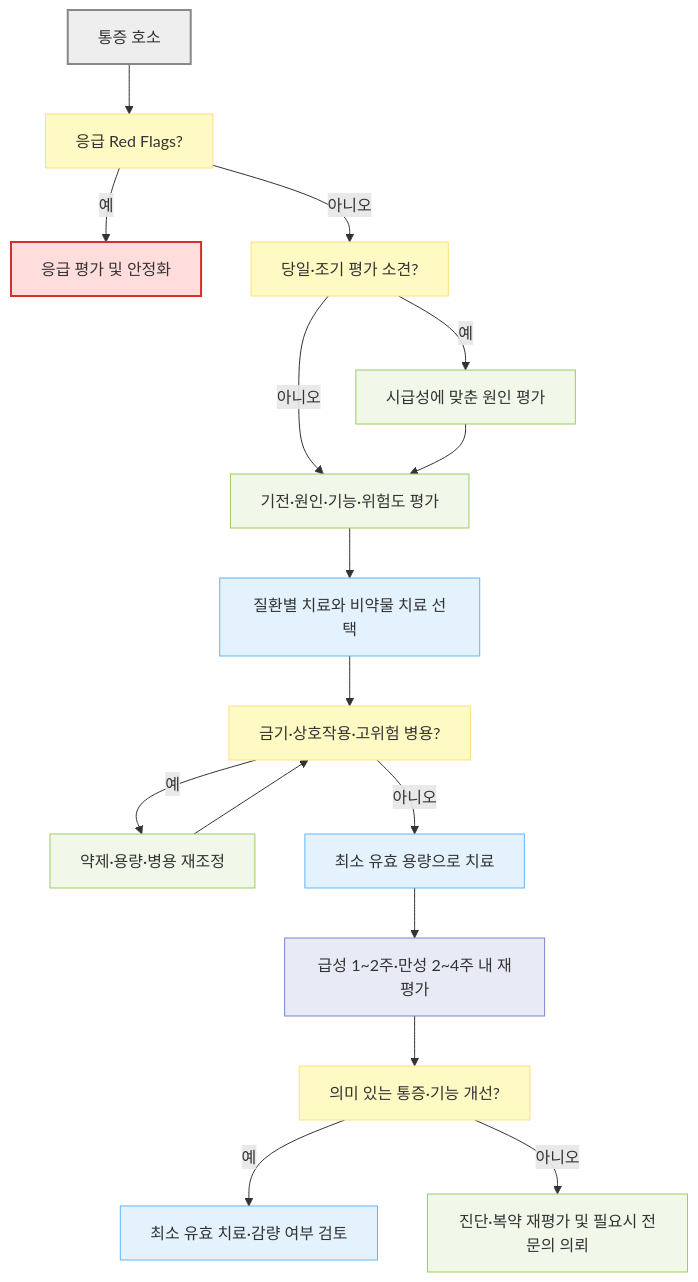
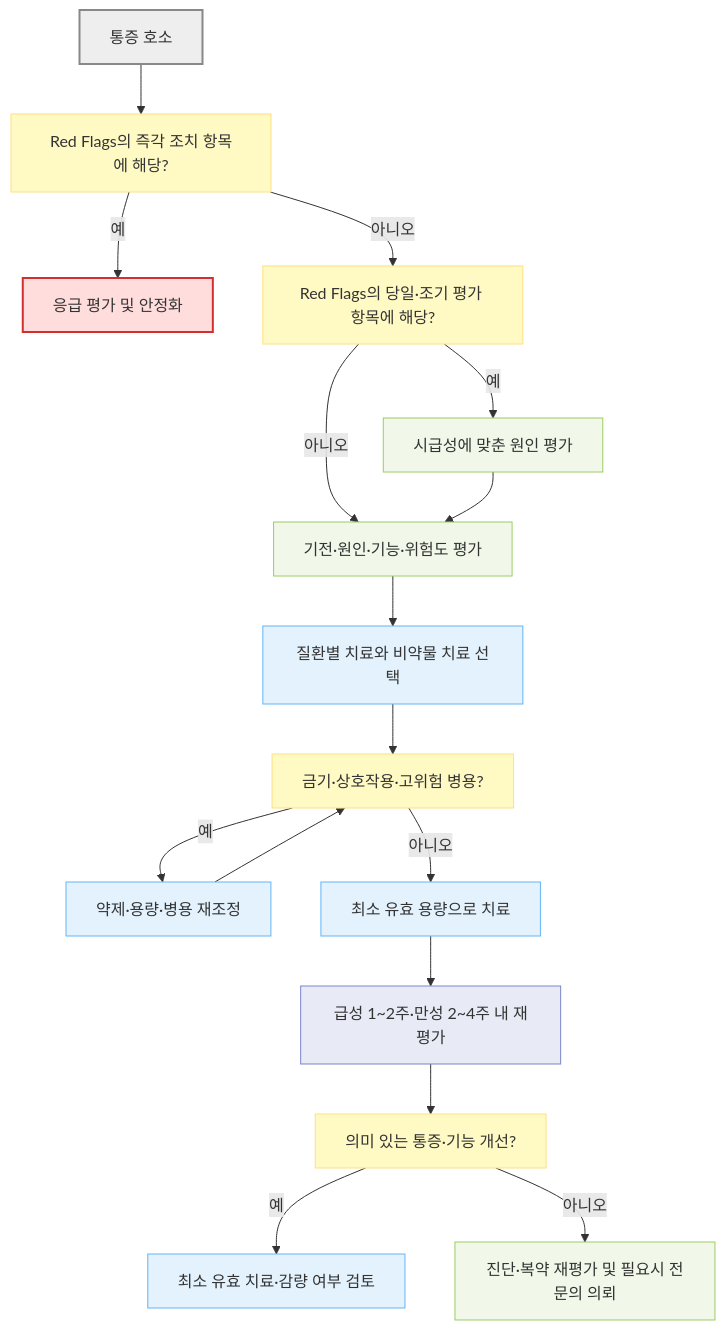
The first of 2 diagrams in 220_/001_-pain.md (familyoh77/familyoh77), drawn with Mermaid before and after one commit. The commit also changed other lines of this file, not shown here.

````diff
--- a/220_/001_-pain.md
+++ b/220_/001_-pain.md
@@ -142,31 +142,31 @@
 ```mermaid
 flowchart TD
-    A["통증 호소"] --> B["응급 Red Flags?"]
+    A["통증 호소"] --> B["Red Flags의 즉각 조치 항목에 해당?"]
     B -- "예" --> C["응급 평가 및 안정화"]
-    B -- "아니오" --> D["당일·조기 평가 소견?"]
+    B -- "아니오" --> D["Red Flags의 당일·조기 평가 항목에 해당?"]
     D -- "예" --> E["시급성에 맞춘 원인 평가"]
     D -- "아니오" --> F["기전·원인·기능·위험도 평가"]
     E --> F
     F --> G["질환별 치료와 비약물 치료 선택"]
     G --> H["금기·상호작용·고위험 병용?"]
     H -- "예" --> I["약제·용량·병용 재조정"]
     I --> H
     H -- "아니오" --> J["최소 유효 용량으로 치료"]
     J --> K["급성 1~2주·만성 2~4주 내 재평가"]
     K --> L["의미 있는 통증·기능 개선?"]
     L -- "예" --> M["최소 유효 치료·감량 여부 검토"]
     L -- "아니오" --> N["진단·복약 재평가 및 필요시 전문의 의뢰"]
 
     classDef start fill:#eeeeee,stroke:#888888,stroke-width:2px
     classDef question fill:#fff9c4,stroke:#ffe082
     classDef emergency fill:#ffdddd,stroke:#d32f2f,stroke-width:2px
     classDef evaluation fill:#f1f8e9,stroke:#9ccc65
     classDef treatment fill:#e3f2fd,stroke:#64b5f6
     classDef followup fill:#e8eaf6,stroke:#7986cb
     class A start
     class B,D,H,L question
     class C emergency
-    class E,F,I,N evaluation
-    class G,J,M treatment
+    class E,F,N evaluation
+    class G,I,J,M treatment
     class K followup
 ```
````
